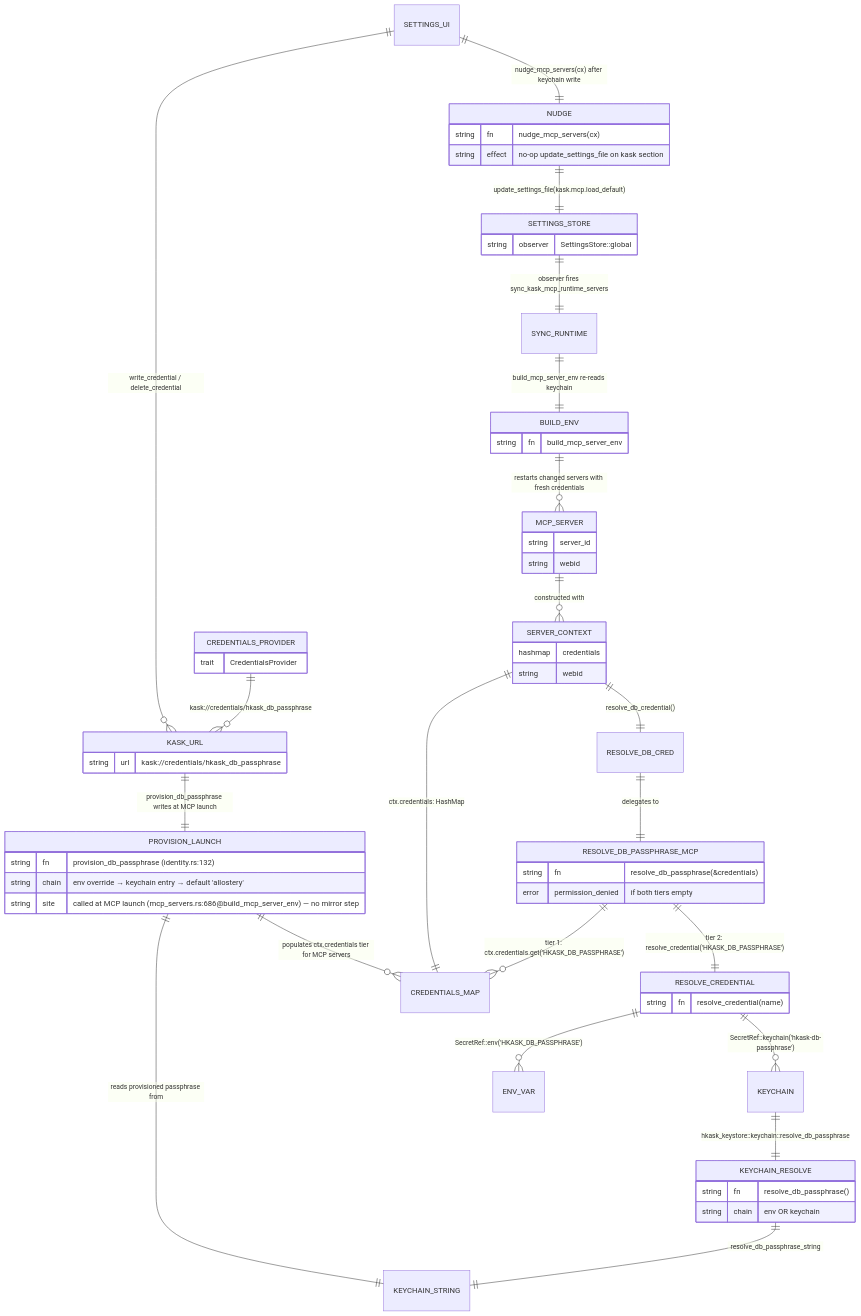
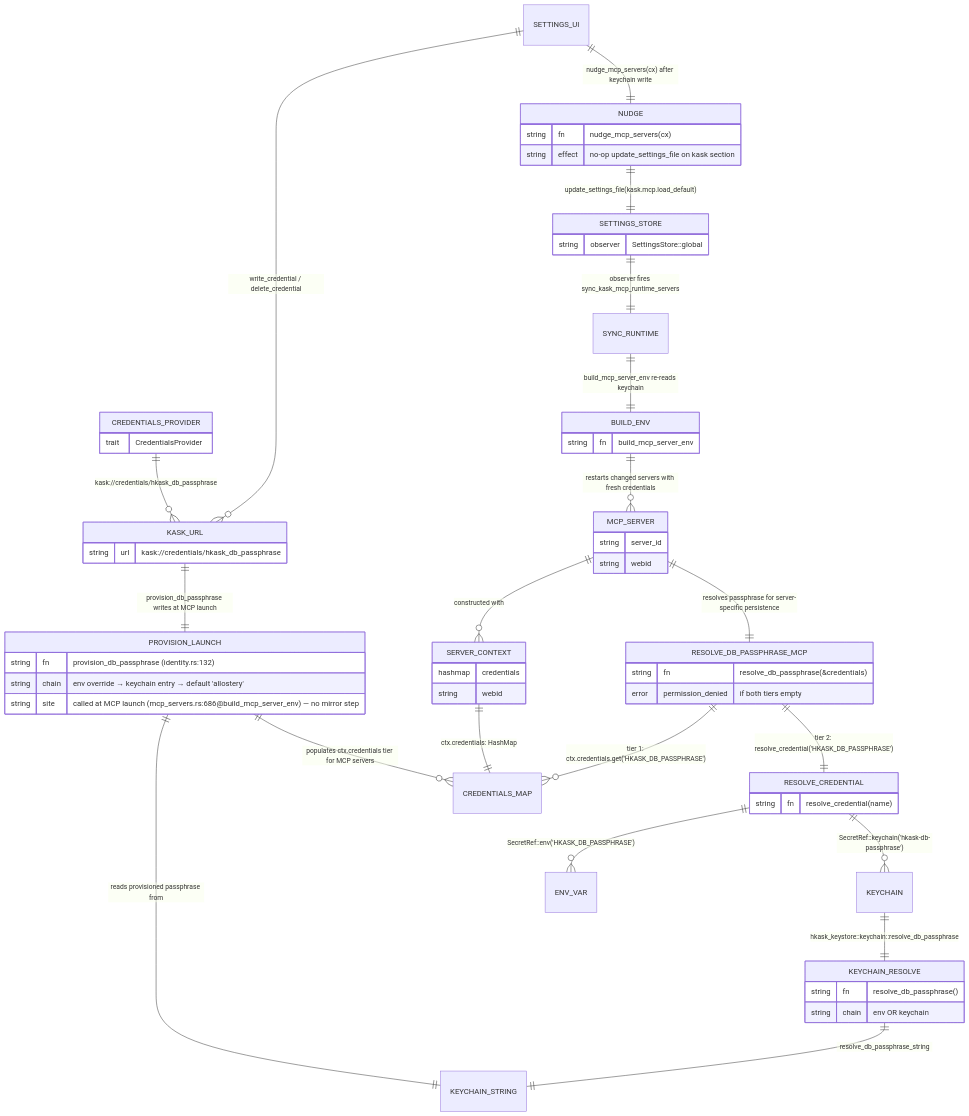
The fourth of 8 diagrams in kask/docs/diagrams/architecture.md (mdz-axo/zed-kask), drawn with Mermaid before and after one commit. The commit also changed other lines of this file and 27 other files, not shown here.

````diff
--- a/kask/docs/diagrams/architecture.md
+++ b/kask/docs/diagrams/architecture.md
@@ -240,66 +240,65 @@
 ```mermaid
 erDiagram
     MCP_SERVER ||--o{ SERVER_CONTEXT : "constructed with"
     SERVER_CONTEXT ||--|| CREDENTIALS_MAP : "ctx.credentials: HashMap<String,String>"
-    SERVER_CONTEXT ||--|| RESOLVE_DB_CRED : "resolve_db_credential()"
-    RESOLVE_DB_CRED ||--|| RESOLVE_DB_PASSPHRASE_MCP : "delegates to"
+    MCP_SERVER ||--|| RESOLVE_DB_PASSPHRASE_MCP : "resolves passphrase for server-specific persistence"
     RESOLVE_DB_PASSPHRASE_MCP ||--o{ CREDENTIALS_MAP : "tier 1: ctx.credentials.get('HKASK_DB_PASSPHRASE')"
     RESOLVE_DB_PASSPHRASE_MCP ||--|| RESOLVE_CREDENTIAL : "tier 2: resolve_credential('HKASK_DB_PASSPHRASE')"
     RESOLVE_CREDENTIAL ||--o{ ENV_VAR : "SecretRef::env('HKASK_DB_PASSPHRASE')"
     RESOLVE_CREDENTIAL ||--o{ KEYCHAIN : "SecretRef::keychain('hkask-db-passphrase')"
     KEYCHAIN ||--|| KEYCHAIN_RESOLVE : "hkask_keystore::keychain::resolve_db_passphrase"
     KEYCHAIN_RESOLVE ||--|| KEYCHAIN_STRING : "resolve_db_passphrase_string"
 
     CREDENTIALS_PROVIDER ||--o{ KASK_URL : "kask://credentials/hkask_db_passphrase"
     KASK_URL ||--|| PROVISION_LAUNCH : "provision_db_passphrase writes at MCP launch"
     PROVISION_LAUNCH ||--|| KEYCHAIN_STRING : "reads provisioned passphrase from"
     PROVISION_LAUNCH ||--o{ CREDENTIALS_MAP : "populates ctx.credentials tier for MCP servers"
 
     SETTINGS_UI ||--o{ KASK_URL : "write_credential / delete_credential"
     SETTINGS_UI ||--|| NUDGE : "nudge_mcp_servers(cx) after keychain write"
     NUDGE ||--|| SETTINGS_STORE : "update_settings_file(kask.mcp.load_default)"
     SETTINGS_STORE ||--|| SYNC_RUNTIME : "observer fires sync_kask_mcp_runtime_servers"
     SYNC_RUNTIME ||--|| BUILD_ENV : "build_mcp_server_env re-reads keychain"
     BUILD_ENV ||--o{ MCP_SERVER : "restarts changed servers with fresh credentials"
 
     MCP_SERVER {
         string server_id
         string webid
     }
     SERVER_CONTEXT {
         hashmap credentials
         string webid
     }
     RESOLVE_DB_PASSPHRASE_MCP {
         string fn "resolve_db_passphrase(&credentials)"
         error permission_denied "if both tiers empty"
     }
     RESOLVE_CREDENTIAL {
         string fn "resolve_credential(name)"
     }
     KEYCHAIN_RESOLVE {
         string fn "resolve_db_passphrase()"
         string chain "env OR keychain"
     }
     CREDENTIALS_PROVIDER {
         trait CredentialsProvider
     }
     KASK_URL {
         string url "kask://credentials/hkask_db_passphrase"
     }
     PROVISION_LAUNCH {
         string fn "provision_db_passphrase (identity.rs:132)"
         string chain "env override → keychain entry → default 'allostery'"
         string site "called at MCP launch (mcp_servers.rs:686@build_mcp_server_env) — no mirror step"
     }
     NUDGE {
         string fn "nudge_mcp_servers(cx)"
         string effect "no-op update_settings_file on kask section"
     }
     SETTINGS_STORE {
         string observer "SettingsStore::global"
     }
     BUILD_ENV {
         string fn "build_mcp_server_env"
     }
 ```
````
